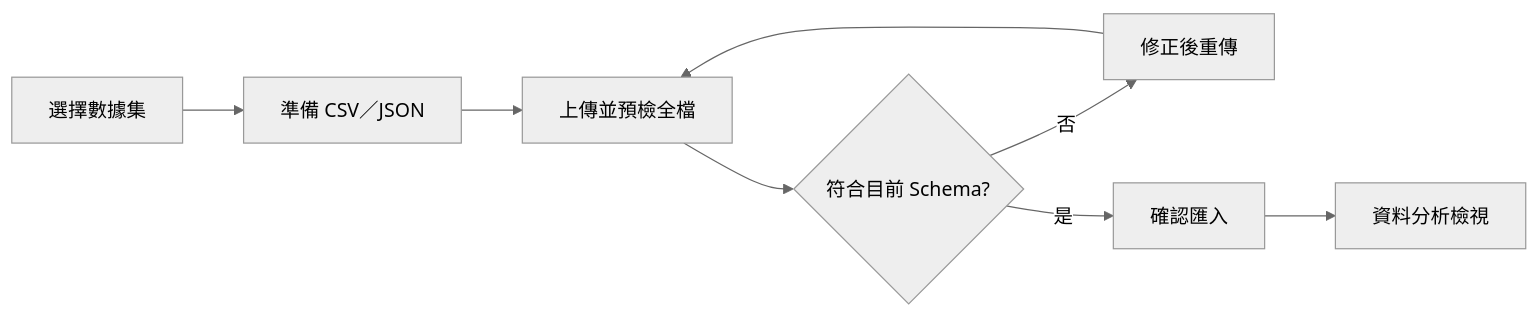
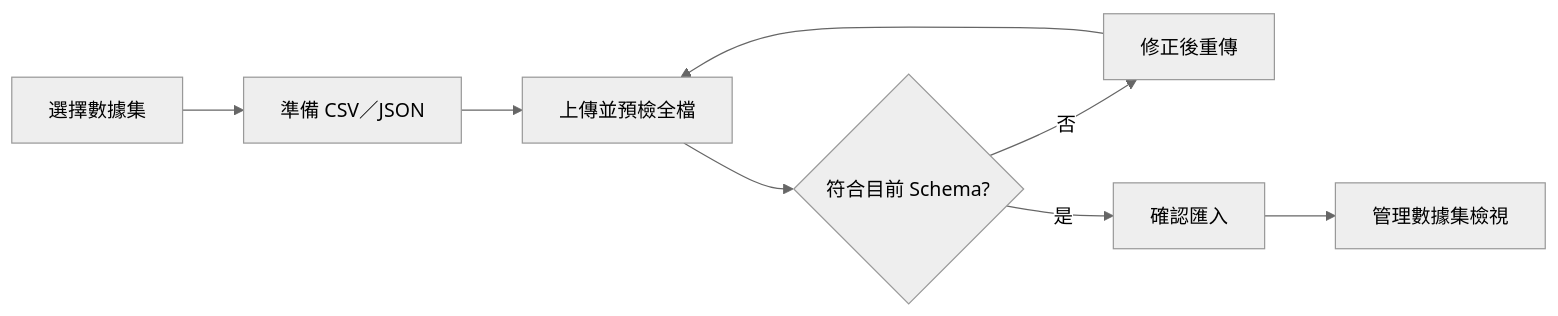
The diagram in docs/streamlit-user-guide.md (gaespa007648/data-monitor-platform), drawn with Mermaid (neutral theme) before and after one commit. The commit also changed other lines of this file and 7 other files, not shown here.

````diff
--- a/docs/streamlit-user-guide.md
+++ b/docs/streamlit-user-guide.md
@@ -24,10 +24,10 @@
 ```mermaid
 flowchart LR
     A[選擇數據集] --> B[準備 CSV／JSON]
     B --> C[上傳並預檢全檔]
     C --> D{符合目前 Schema?}
     D -->|否| E[修正後重傳]
     E --> C
     D -->|是| F[確認匯入]
-    F --> G[資料分析檢視]
+    F --> G[管理數據集檢視]
 ```
````
